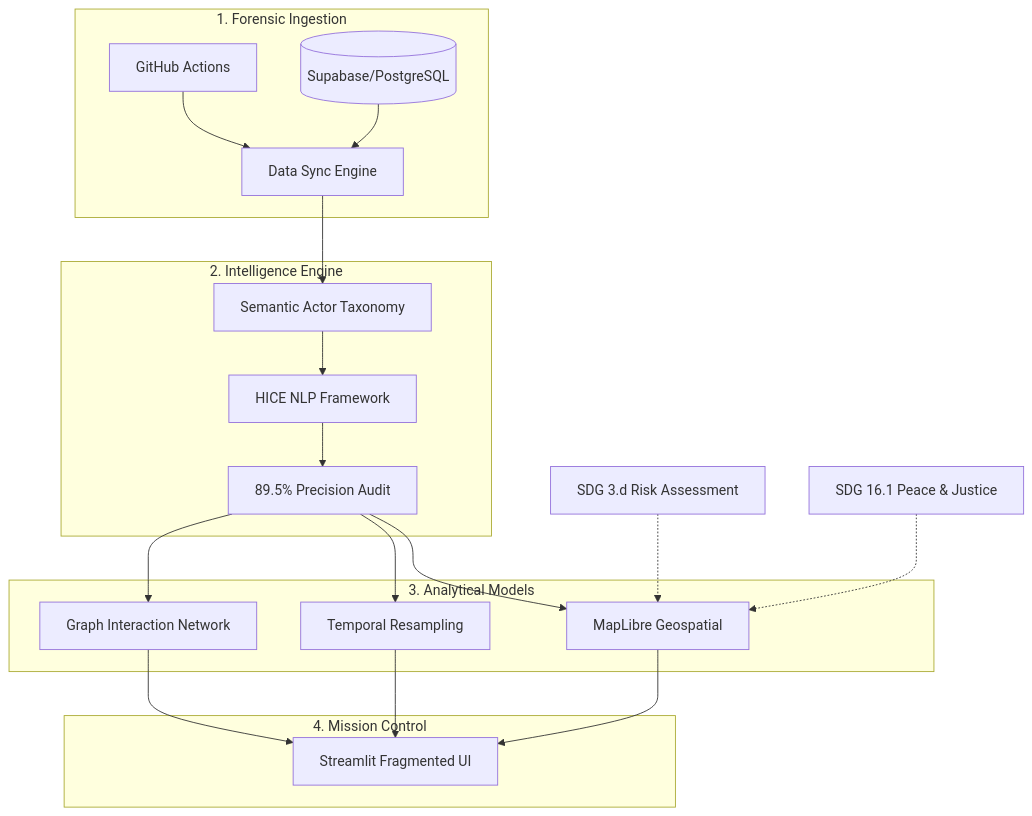
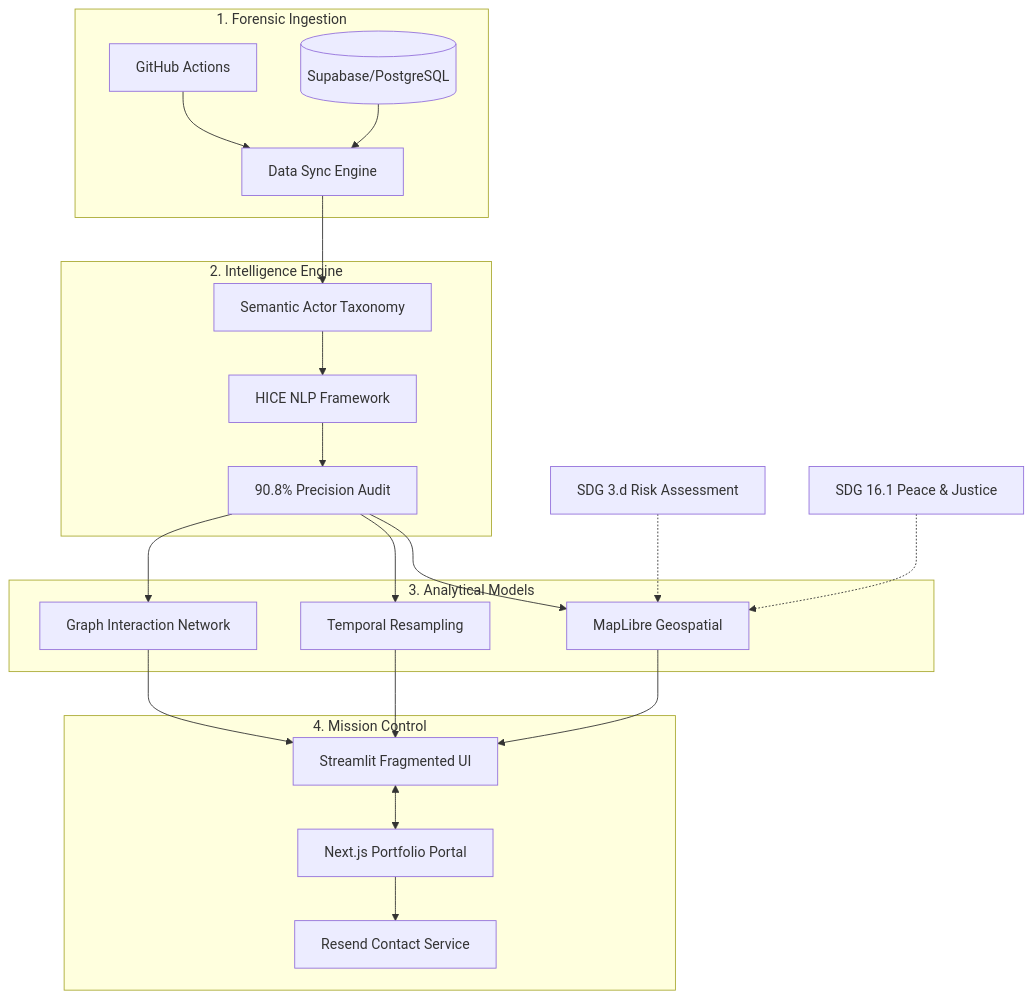
One commit to TainYanTun/Myanmar-conflict-observatory changed the diagram in README.md. Above: the diagram before and after it, drawn with Mermaid. The commit also changed other lines of this file and 3 other files, not shown here.

First line of the commit message:
refactor(project-overview): Update documentation with architectural and HICE changes

````diff
--- a/README.md
+++ b/README.md
@@ -35,52 +39,56 @@
 ```mermaid
 flowchart TD
 
 %% Strategic Alignment
 SDG3[SDG 3.d Risk Assessment]
 SDG16[SDG 16.1 Peace & Justice]
 
 %% 1. Data Ingestion
 subgraph "1. Forensic Ingestion"
     GHA[GitHub Actions]
     Sync[Data Sync Engine]
     Supabase[(Supabase/PostgreSQL)]
     
     GHA --> Sync
     Supabase --> Sync
 end
 
 %% 2. Intelligence Engine
 subgraph "2. Intelligence Engine"
     Actor[Semantic Actor Taxonomy]
     NLP[HICE NLP Framework]
-    Validation[89.5% Precision Audit]
+    Validation[90.8% Precision Audit]
 
     Sync --> Actor
     Actor --> NLP
     NLP --> Validation
 end
 
 %% 3. Analytical Models
 subgraph "3. Analytical Models"
     Geo[MapLibre Geospatial]
     Temp[Temporal Resampling]
     Net[Graph Interaction Network]
 
     Validation --> Geo
     Validation --> Temp
     Validation --> Net
 end
 
 %% 4. Mission Control
 subgraph "4. Mission Control"
     Dashboard[Streamlit Fragmented UI]
+    NextJS[Next.js Portfolio Portal]
+    Resend[Resend Contact Service]
 
     Geo --> Dashboard
     Temp --> Dashboard
     Net --> Dashboard
+    Dashboard <--> NextJS
+    NextJS --> Resend
 end
 
 %% Strategic influence
 SDG3 -.-> Geo
 SDG16 -.-> Geo
 ```
````
